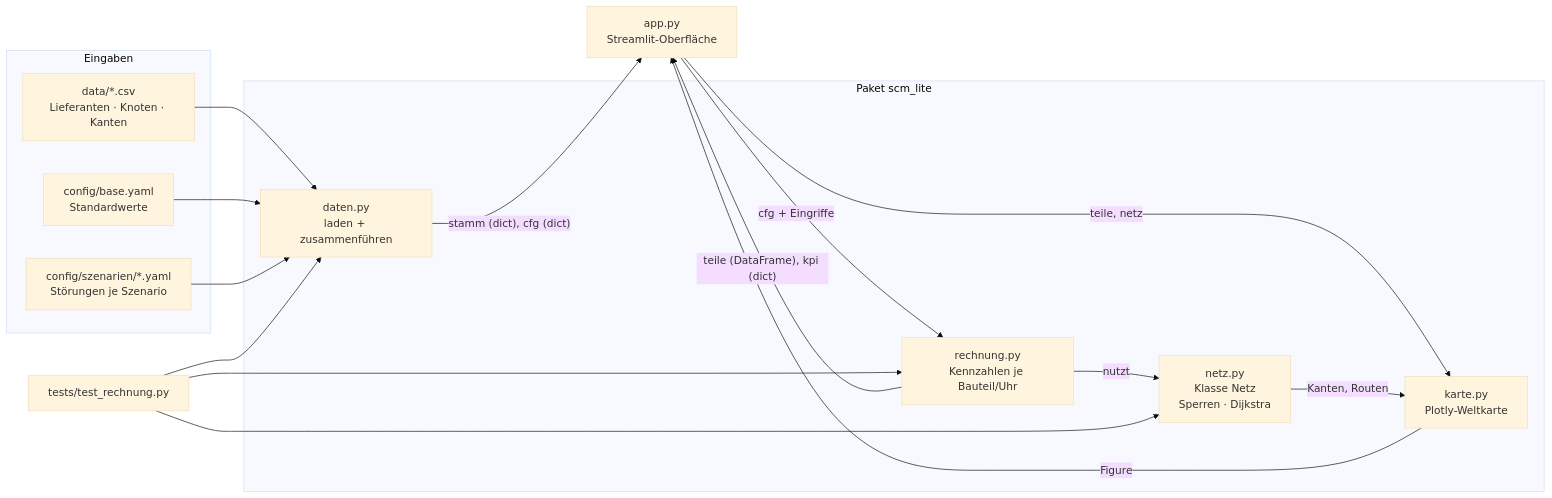
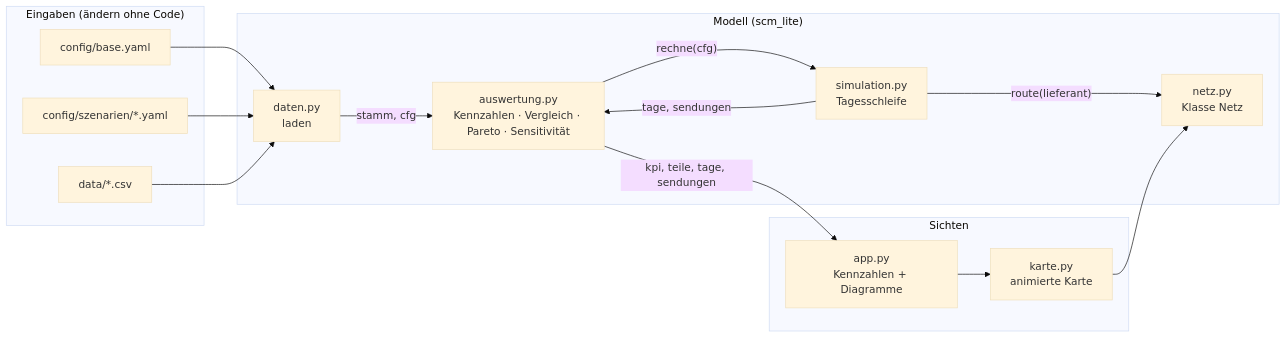
The first of 5 diagrams in docs/ARCHITEKTUR.md (AimeeElaineGrundei/SCM_software), drawn with Mermaid (base theme) before and after one commit. The commit also changed other lines of this file and 27 other files, not shown here.

````diff
--- a/docs/ARCHITEKTUR.md
+++ b/docs/ARCHITEKTUR.md
@@ -8,30 +8,26 @@
 ```mermaid
 flowchart LR
-    subgraph Eingaben
-        BASE["config/base.yaml<br/>Standardwerte"]
-        SZ["config/szenarien/*.yaml<br/>Störungen je Szenario"]
-        CSV["data/*.csv<br/>Lieferanten · Knoten · Kanten"]
+    subgraph Eingaben["Eingaben (ändern ohne Code)"]
+        BASE["config/base.yaml"]
+        SZ["config/szenarien/*.yaml"]
+        CSV["data/*.csv"]
     end
-
-    subgraph scm_lite["Paket scm_lite"]
-        DATEN["daten.py<br/>laden + zusammenführen"]
-        NETZ["netz.py<br/>Klasse Netz<br/>Sperren · Dijkstra"]
-        RECH["rechnung.py<br/>Kennzahlen je Bauteil/Uhr"]
-        KARTE["karte.py<br/>Plotly-Weltkarte"]
+    subgraph Modell["Modell (scm_lite)"]
+        DATEN["daten.py<br/>laden"]
+        NETZ["netz.py<br/>Klasse Netz"]
+        SIM["simulation.py<br/>Tagesschleife"]
+        AUSW["auswertung.py<br/>Kennzahlen · Vergleich · Pareto · Sensitivität"]
     end
-
-    APP["app.py<br/>Streamlit-Oberfläche"]
-    TEST["tests/test_rechnung.py"]
-
-    CSV --> DATEN
-    BASE --> DATEN
-    SZ --> DATEN
-    DATEN -->|"stamm (dict), cfg (dict)"| APP
-    APP -->|"cfg + Eingriffe"| RECH
-    RECH -->|nutzt| NETZ
-    RECH -->|"teile (DataFrame), kpi (dict)"| APP
-    APP -->|"teile, netz"| KARTE
-    KARTE -->|Figure| APP
-    NETZ -->|"Kanten, Routen"| KARTE
-    TEST --> DATEN & NETZ & RECH
+    subgraph Sichten["Sichten"]
+        APP["app.py<br/>Kennzahlen + Diagramme"]
+        KARTE["karte.py<br/>animierte Karte"]
+    end
+    BASE & SZ & CSV --> DATEN
+    DATEN -->|"stamm, cfg"| AUSW
+    AUSW -->|"rechne(cfg)"| SIM
+    SIM -->|"route(lieferant)"| NETZ
+    SIM -->|"tage, sendungen"| AUSW
+    AUSW -->|"kpi, teile, tage, sendungen"| APP
+    APP --> KARTE
+    KARTE --> NETZ
 ```
````
